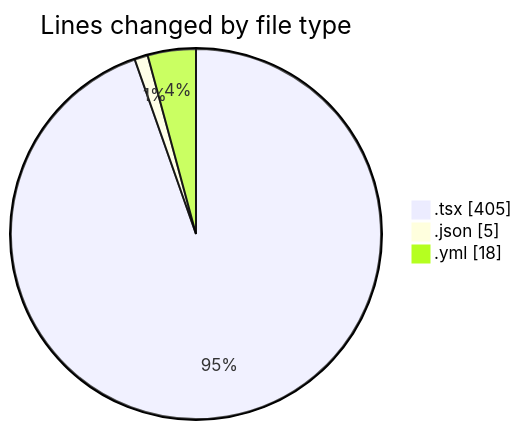
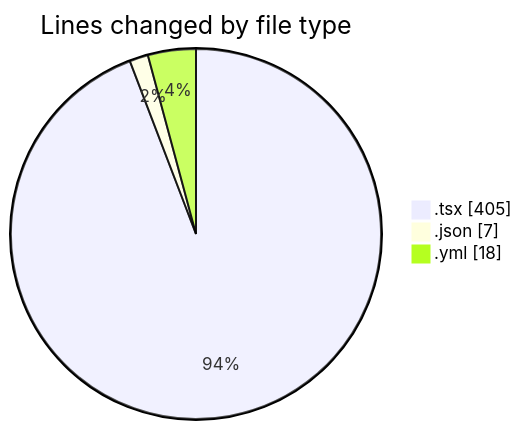
The first of 2 diagrams in 2025-11-27/eventscop-frontend-guide__workspace_/README.md (julien-gomy/code-tracking), drawn with Mermaid before and after one commit. The commit also changed other lines of this file and 1 other file, not shown here.

````diff
--- a/2025-11-27/eventscop-frontend-guide__workspace_/README.md
+++ b/2025-11-27/eventscop-frontend-guide__workspace_/README.md
@@ -27,7 +27,7 @@
 ```mermaid
 pie showData
 title Lines changed by file type
 ".tsx" : 405
-".json" : 5
+".json" : 7
 ".yml" : 18
 ```
````
